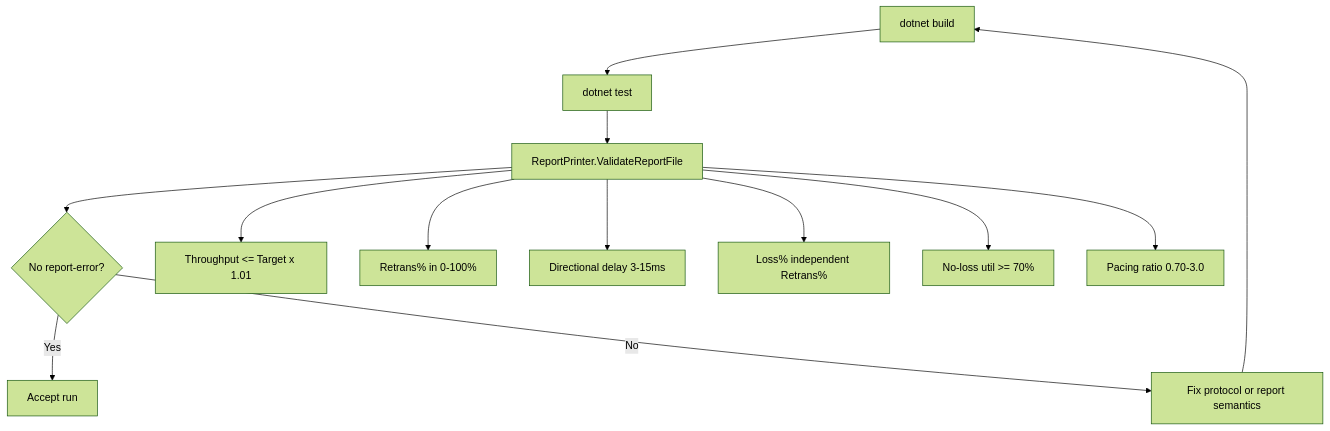
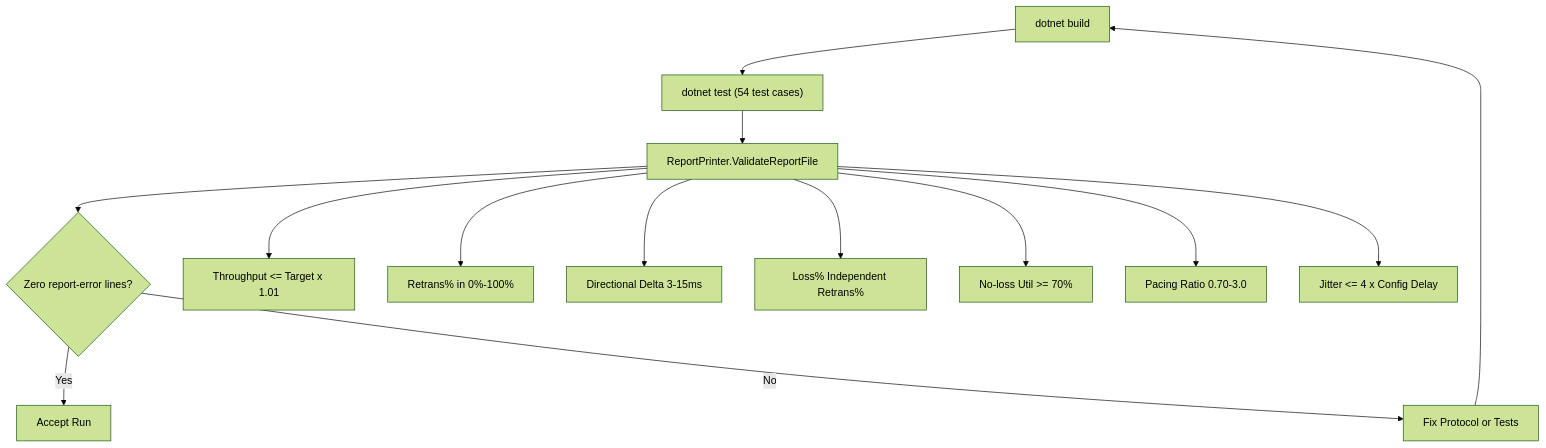
Before and after one commit to liulilittle/ucp: diagram 11 of 11 in docs/architecture.md, drawn with Mermaid (forest theme). The commit also changed other lines of this file and 43 other files, not shown here.

````diff
--- a/docs/architecture.md
+++ b/docs/architecture.md
@@ -517,16 +452,17 @@
 ```mermaid
 flowchart TD
-    Build[dotnet build] --> Tests[dotnet test]
-    Tests --> Report[ReportPrinter.ValidateReportFile]
-    Report --> Metrics{No report-error?}
-    Metrics -->|Yes| Done[Accept run]
-    Metrics -->|No| Fix[Fix protocol or report semantics]
+    Build["dotnet build"] --> Tests["dotnet test (54 test cases)"]
+    Tests --> Report["ReportPrinter.ValidateReportFile"]
+    Report --> Metrics{"Zero report-error lines?"}
+    Metrics -->|"Yes"| Done["Accept Run"]
+    Metrics -->|"No"| Fix["Fix Protocol or Tests"]
     Fix --> Build
-
-    Report --> C1[Throughput <= Target x 1.01]
-    Report --> C2[Retrans% in 0-100%]
-    Report --> C3[Directional delay 3-15ms]
-    Report --> C4[Loss% independent Retrans%]
-    Report --> C5[No-loss util >= 70%]
-    Report --> C6[Pacing ratio 0.70-3.0]
+    
+    Report --> C1["Throughput <= Target x 1.01"]
+    Report --> C2["Retrans% in 0%-100%"]
+    Report --> C3["Directional Delta 3-15ms"]
+    Report --> C4["Loss% Independent Retrans%"]
+    Report --> C5["No-loss Util >= 70%"]
+    Report --> C6["Pacing Ratio 0.70-3.0"]
+    Report --> C7["Jitter <= 4 x Config Delay"]
 ```
````
